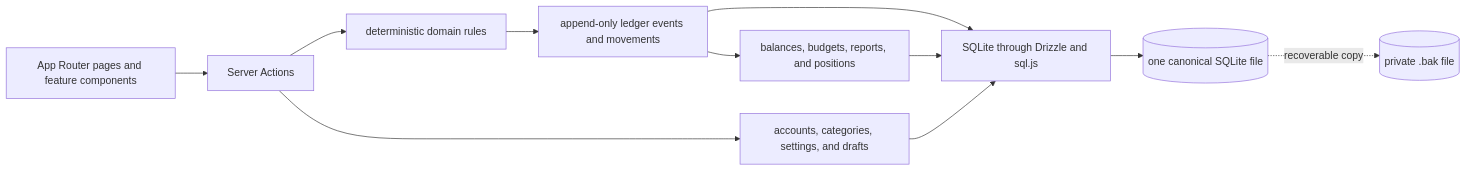
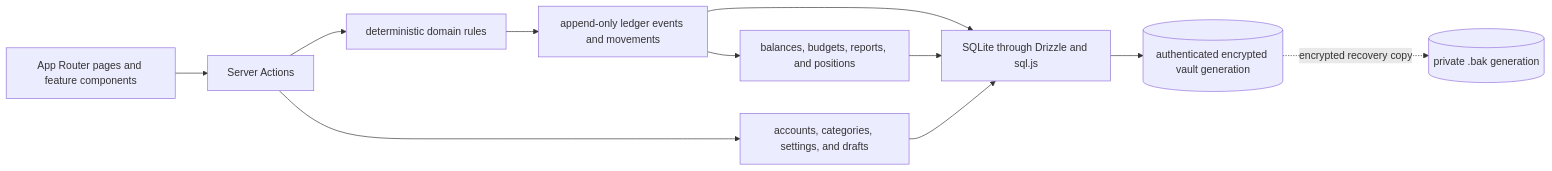
One commit to kevin-aoun/LocalFi changed the diagram in README.md. Above: the diagram before and after it, drawn with Mermaid. The commit also changed other lines of this file and 6 other files, not shown here.

````diff
--- a/README.md
+++ b/README.md
@@ -251,13 +303,13 @@
 ```mermaid
 flowchart LR
   UI[App Router pages and feature components] --> Actions[Server Actions]
   Actions --> Domain[deterministic domain rules]
   Domain --> Ledger[append-only ledger events and movements]
   Ledger --> Projections[balances, budgets, reports, and positions]
   Actions --> Metadata[accounts, categories, settings, and drafts]
   Ledger --> DB[SQLite through Drizzle and sql.js]
   Projections --> DB
   Metadata --> DB
-  DB --> File[(one canonical SQLite file)]
-  File -. recoverable copy .-> Backup[(private .bak file)]
+  DB --> Vault[(authenticated encrypted vault generation)]
+  Vault -. encrypted recovery copy .-> Backup[(private .bak generation)]
 ```
````
